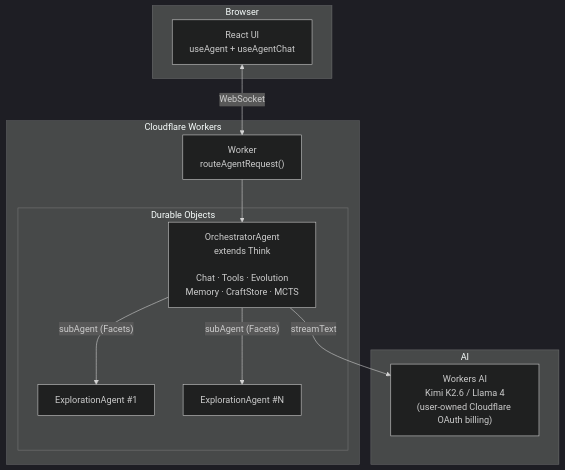
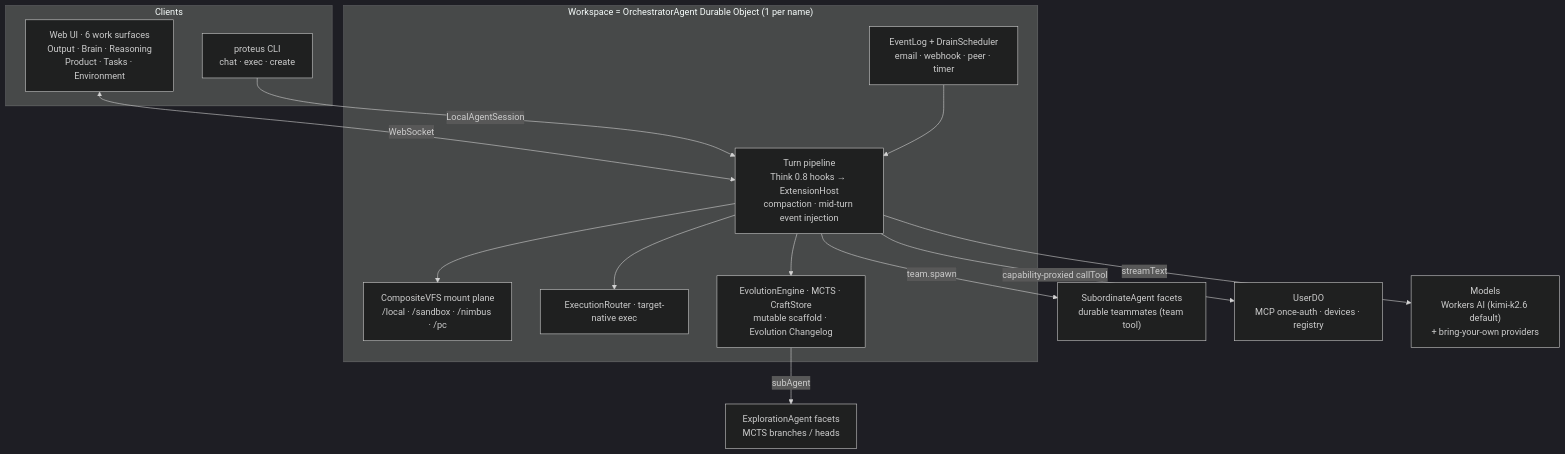
The diagram in README.md (AshishKumar4/kinu), drawn with Mermaid (dark theme) before and after one commit. The commit also changed other lines of this file and 766 other files, not shown here.

First line of the commit message:
eval: evaluation reports, exploration heads and the GEPA integration

````diff
--- a/README.md
+++ b/README.md
@@ -11,25 +13,31 @@
 ```mermaid
 graph TB
-    subgraph "Browser"
-        UI["React UI<br/>useAgent + useAgentChat"]
+    subgraph Clients
+        UI["Web UI · 6 work surfaces<br/>Output · Brain · Reasoning<br/>Product · Tasks · Environment"]
+        CLI["proteus CLI<br/>chat · exec · create"]
     end
 
-    subgraph "Cloudflare Workers"
-        Worker["Worker<br/>routeAgentRequest()"]
-        subgraph "Durable Objects"
-            Orch["OrchestratorAgent<br/>extends Think<br/><br/>Chat · Tools · Evolution<br/>Memory · CraftStore · MCTS"]
-            E1["ExplorationAgent #1"]
-            E2["ExplorationAgent #N"]
-        end
+    subgraph WS["Workspace = OrchestratorAgent Durable Object (1 per name)"]
+        Turn["Turn pipeline<br/>Think 0.8 hooks → ExtensionHost<br/>compaction · mid-turn event injection"]
+        VFS["CompositeVFS mount plane<br/>/local · /sandbox · /nimbus · /pc"]
+        Exec["ExecutionRouter · target-native exec"]
+        Evo["EvolutionEngine · MCTS · CraftStore<br/>mutable scaffold · Evolution Changelog"]
+        Events["EventLog + DrainScheduler<br/>email · webhook · peer · timer"]
     end
 
-    subgraph "AI"
-        Model["Workers AI<br/>Kimi K2.6 / Llama 4<br/>(user-owned Cloudflare OAuth billing)"]
-    end
+    Heads["ExplorationAgent facets<br/>MCTS branches / heads"]
+    Subs["SubordinateAgent facets<br/>durable teammates (team tool)"]
+    UserDO["UserDO<br/>MCP once-auth · devices · registry"]
+    Model["Models<br/>Workers AI (kimi-k2.6 default)<br/>+ bring-your-own providers"]
 
-    UI <-->|WebSocket| Worker
-    Worker --> Orch
-    Orch -->|"subAgent (Facets)"| E1
-    Orch -->|"subAgent (Facets)"| E2
-    Orch -->|streamText| Model
+    UI <-->|WebSocket| Turn
+    CLI -->|LocalAgentSession| Turn
+    Turn --> VFS
+    Turn --> Exec
+    Turn --> Evo
+    Events --> Turn
+    Evo -->|subAgent| Heads
+    Turn -->|team.spawn| Subs
+    Turn -->|capability-proxied callTool| UserDO
+    Turn -->|streamText| Model
 ```
````
